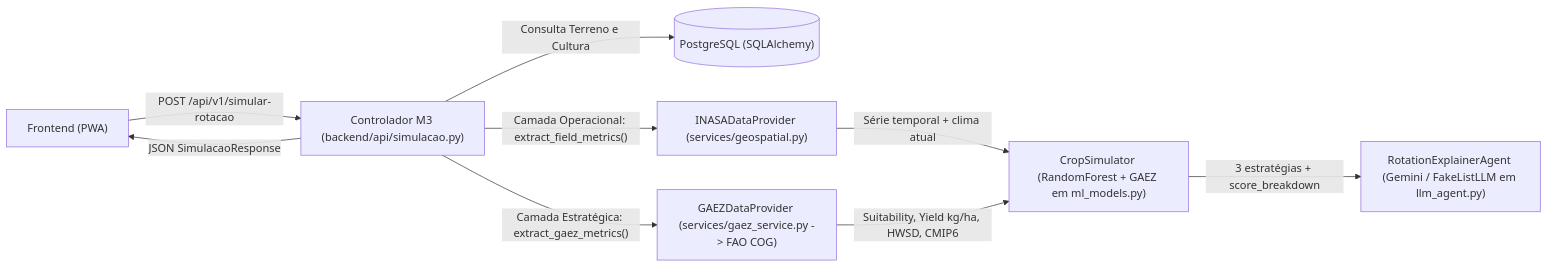
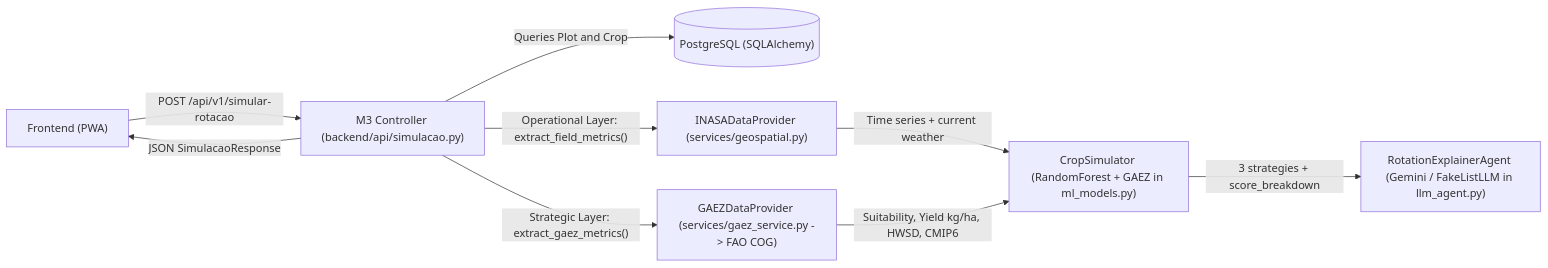
The second of 3 diagrams in docs/Arquitetura/README.md (EdsonToppzera/kultiva), drawn with Mermaid before and after one commit. The commit also changed other lines of this file and 8 other files, not shown here.

````diff
--- a/docs/Arquitetura/README.md
+++ b/docs/Arquitetura/README.md
@@ -116,11 +116,11 @@
 ```mermaid
 flowchart LR
-    FE["Frontend (PWA)"] -->|"POST /api/v1/simular-rotacao"| M3["Controlador M3 (backend/api/simulacao.py)"]
-    M3 -->|"Consulta Terreno e Cultura"| DB[("PostgreSQL (SQLAlchemy)")]
-    M3 -->|"Camada Operacional: extract_field_metrics()"| GEO["INASADataProvider (services/geospatial.py)"]
-    M3 -->|"Camada Estratégica: extract_gaez_metrics()"| GAEZ["GAEZDataProvider (services/gaez_service.py -> FAO COG)"]
-    GEO -->|"Série temporal + clima atual"| ML
-    GAEZ -->|"Suitability, Yield kg/ha, HWSD, CMIP6"| ML["CropSimulator (RandomForest + GAEZ em ml_models.py)"]
-    ML -->|"3 estratégias + score_breakdown"| LLM["RotationExplainerAgent (Gemini / FakeListLLM em llm_agent.py)"]
+    FE["Frontend (PWA)"] -->|"POST /api/v1/simular-rotacao"| M3["M3 Controller (backend/api/simulacao.py)"]
+    M3 -->|"Queries Plot and Crop"| DB[("PostgreSQL (SQLAlchemy)")]
+    M3 -->|"Operational Layer: extract_field_metrics()"| GEO["INASADataProvider (services/geospatial.py)"]
+    M3 -->|"Strategic Layer: extract_gaez_metrics()"| GAEZ["GAEZDataProvider (services/gaez_service.py -> FAO COG)"]
+    GEO -->|"Time series + current weather"| ML
+    GAEZ -->|"Suitability, Yield kg/ha, HWSD, CMIP6"| ML["CropSimulator (RandomForest + GAEZ in ml_models.py)"]
+    ML -->|"3 strategies + score_breakdown"| LLM["RotationExplainerAgent (Gemini / FakeListLLM in llm_agent.py)"]
     M3 -->|"JSON SimulacaoResponse"| FE
 ```
````
